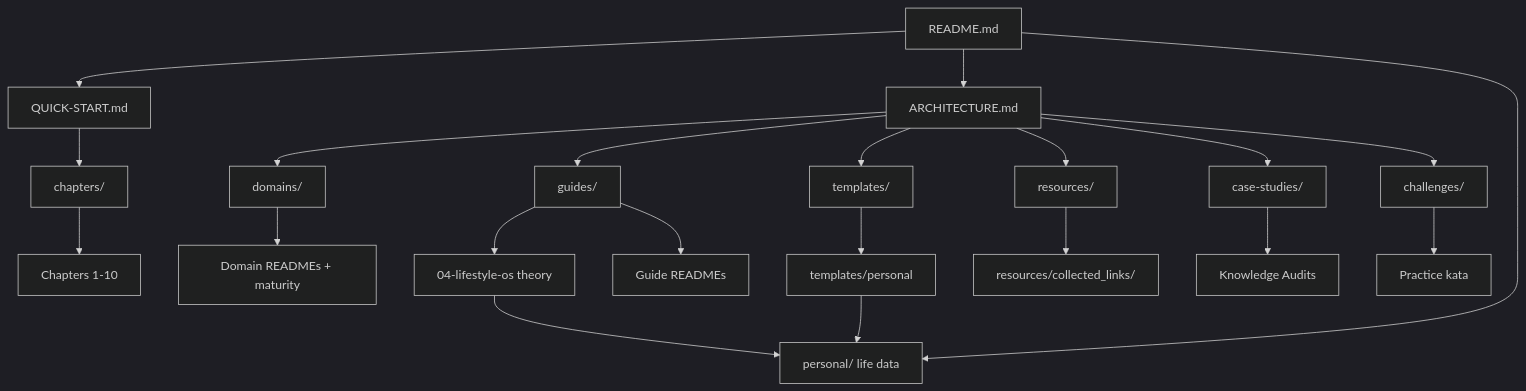
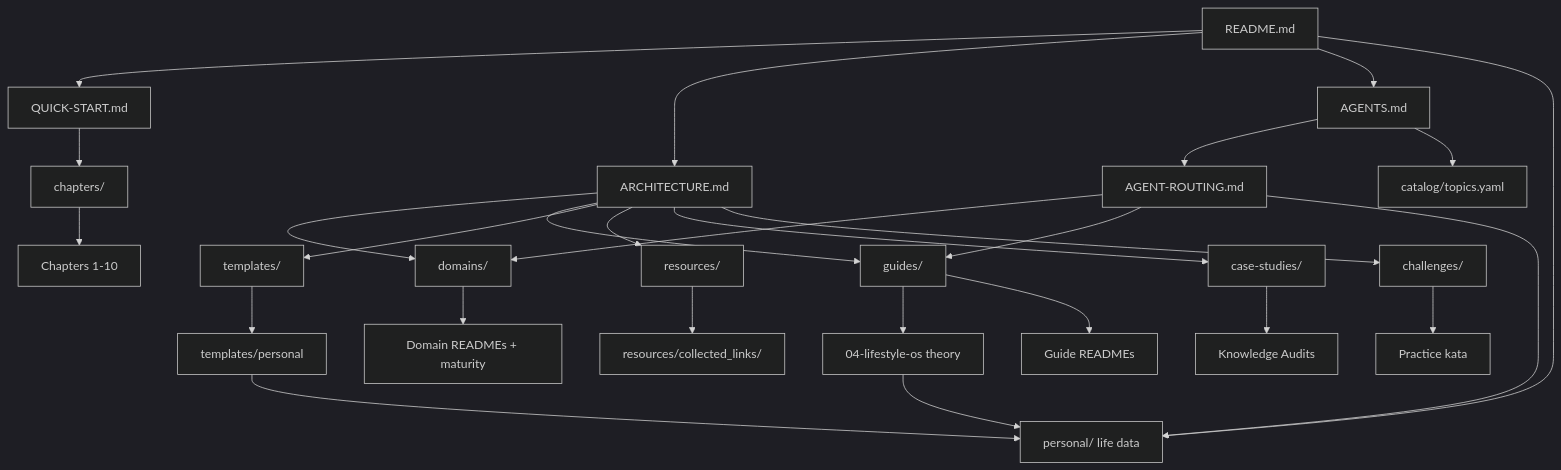
The diagram in OVERVIEW.md (ithumanmi/MyDoc), drawn with Mermaid (dark theme) before and after one commit. The commit also changed other lines of this file and 42 other files, not shown here.

````diff
--- a/OVERVIEW.md
+++ b/OVERVIEW.md
@@ -12,23 +12,29 @@
 ```mermaid
 graph TD
     A[README.md] --> B[QUICK-START.md]
     A --> C[ARCHITECTURE.md]
+    A --> AG[AGENTS.md]
+    AG --> AR[AGENT-ROUTING.md]
+    AG --> CAT[catalog/topics.yaml]
     A --> R[personal/ life data]
     B --> D[chapters/]
     C --> E[domains/]
     C --> F[guides/]
     C --> G[templates/]
     C --> H[resources/]
     C --> I[case-studies/]
     C --> P[challenges/]
     F --> Q[04-lifestyle-os theory]
     Q --> R
     G --> T[templates/personal]
     T --> R
     H --> J[resources/collected_links/]
     E --> K[Domain READMEs + maturity]
     F --> L[Guide READMEs]
     D --> M[Chapters 1-10]
     I --> N[Knowledge Audits]
     P --> O[Practice kata]
+    AR --> E
+    AR --> F
+    AR --> R
 ```
````
